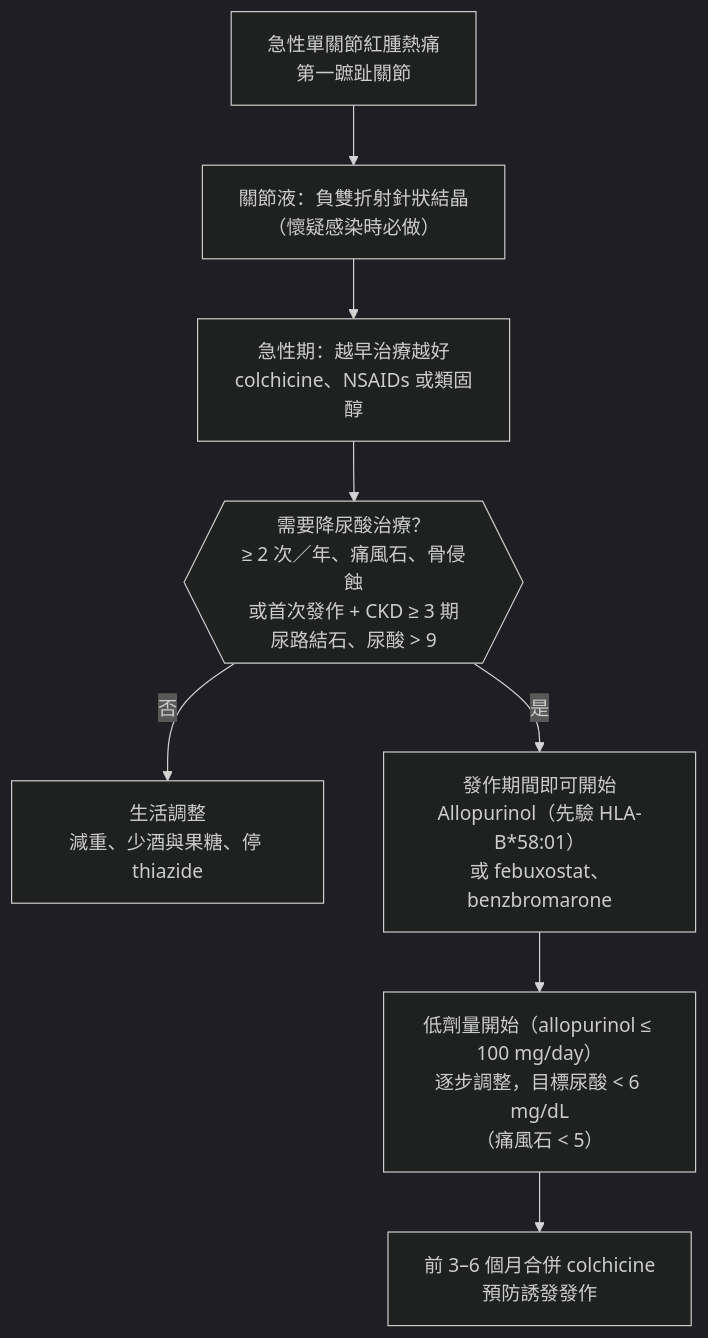
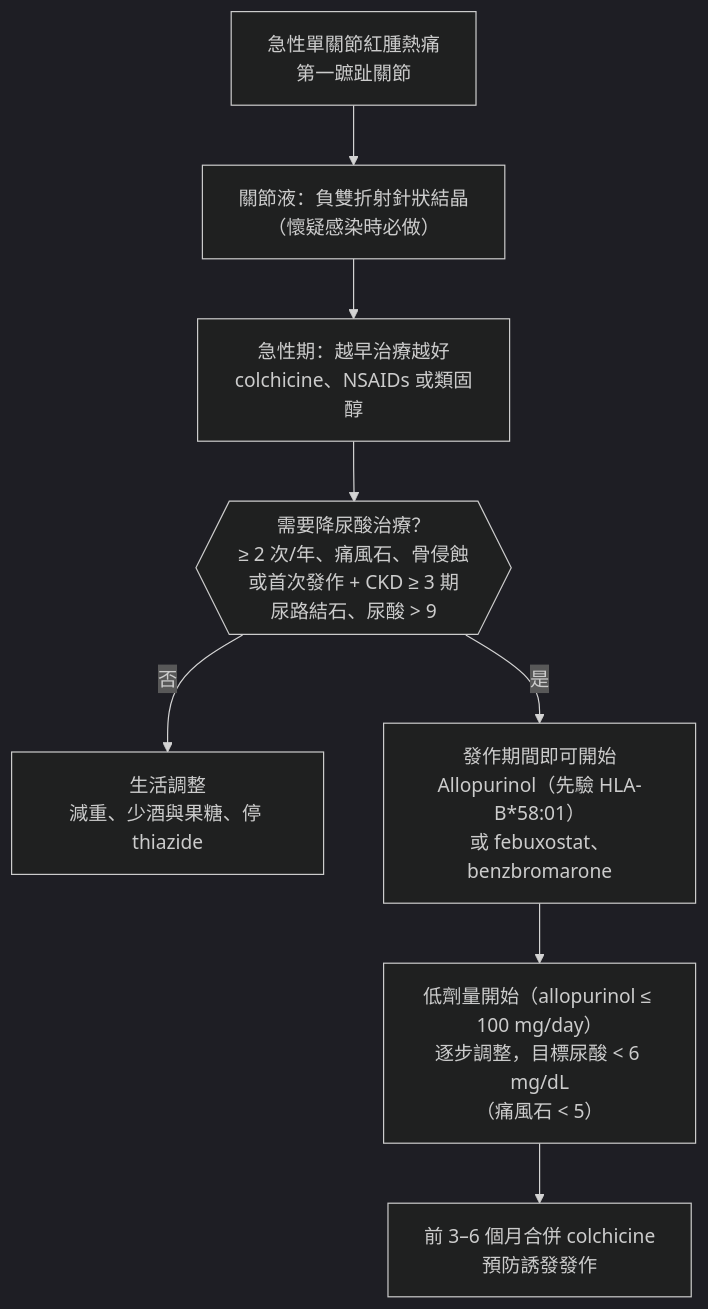
One commit to phantominor/phantomography changed the diagram in frontend/content/_charts/gout-management.mmd. Above: the diagram before and after it, drawn with Mermaid (dark theme). The commit also changed 31 other files, not shown here.

```diff
--- a/frontend/content/_charts/gout-management.mmd
+++ b/frontend/content/_charts/gout-management.mmd
@@ -1,9 +1,9 @@
 %% title: 痛風的處置
 flowchart TD
   A["急性單關節紅腫熱痛<br/>第一蹠趾關節"]:::start --> B["關節液：負雙折射針狀結晶<br/>（懷疑感染時必做）"]
   B --> C["急性期：越早治療越好<br/>colchicine、NSAIDs 或類固醇"]:::key
-  C --> D{{"需要降尿酸治療？<br/>≥ 2 次／年、痛風石、骨侵蝕<br/>或首次發作 + CKD ≥ 3 期<br/>尿路結石、尿酸 #62; 9"}}
+  C --> D{{"需要降尿酸治療？<br/>≥ 2 次/年、痛風石、骨侵蝕<br/>或首次發作 + CKD ≥ 3 期<br/>尿路結石、尿酸 #62; 9"}}
   D -->|"否"| E["生活調整<br/>減重、少酒與果糖、停 thiazide"]
   D -->|"是"| F["發作期間即可開始<br/>Allopurinol（先驗 HLA-B*58:01）<br/>或 febuxostat、benzbromarone"]:::key
   F --> G["低劑量開始（allopurinol ≤ 100 mg/day）<br/>逐步調整，目標尿酸 #60; 6 mg/dL<br/>（痛風石 #60; 5）"]
   G --> H["前 3–6 個月合併 colchicine<br/>預防誘發發作"]
```
